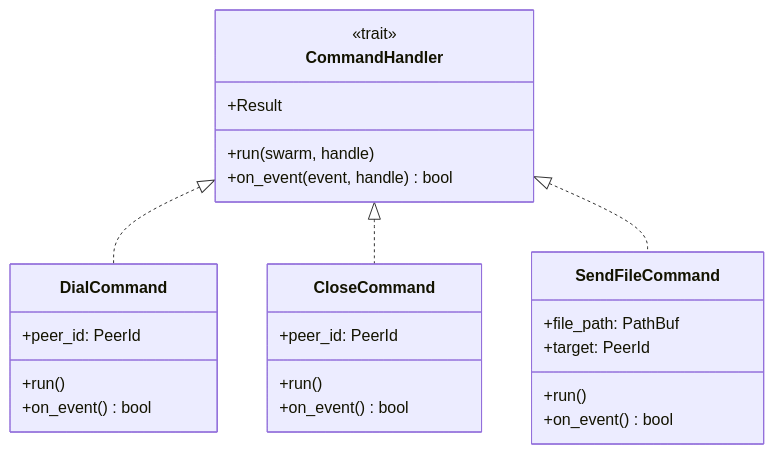
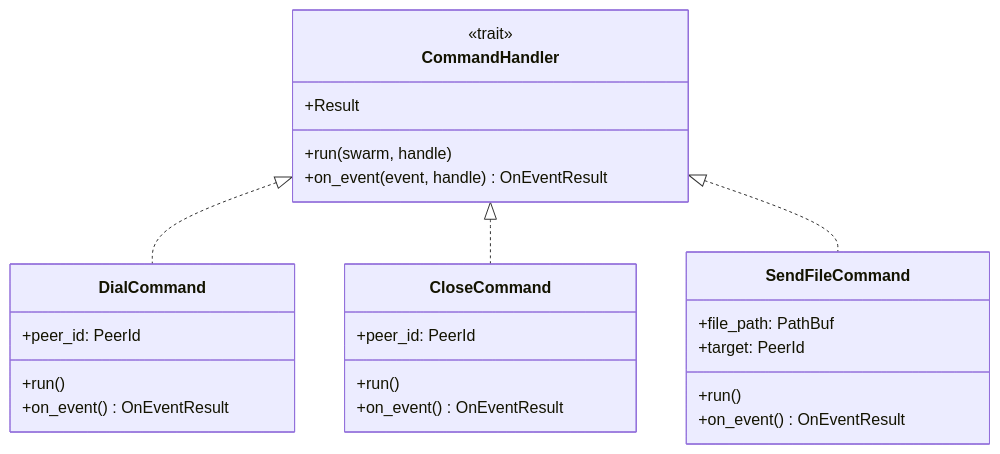
One commit to yexiyue/swarm-p2p changed the ninth of 12 diagrams in docs/01-command-pattern-architecture.md. Above: the diagram before and after it, drawn with Mermaid. The commit also changed other lines of this file and 14 other files, not shown here.

````diff
--- a/docs/01-command-pattern-architecture.md
+++ b/docs/01-command-pattern-architecture.md
@@ -363,32 +378,32 @@
 ```mermaid
 classDiagram
     class CommandHandler {
         <<trait>>
         +Result
         +run(swarm, handle)
-        +on_event(event, handle) bool
+        +on_event(event, handle) OnEventResult
     }
 
     class DialCommand {
         +peer_id: PeerId
         +run()
-        +on_event() bool
+        +on_event() OnEventResult
     }
 
     class CloseCommand {
         +peer_id: PeerId
         +run()
-        +on_event() bool
+        +on_event() OnEventResult
     }
 
     class SendFileCommand {
         +file_path: PathBuf
         +target: PeerId
         +run()
-        +on_event() bool
+        +on_event() OnEventResult
     }
 
     CommandHandler <|.. DialCommand
     CommandHandler <|.. CloseCommand
     CommandHandler <|.. SendFileCommand
 ```
````
